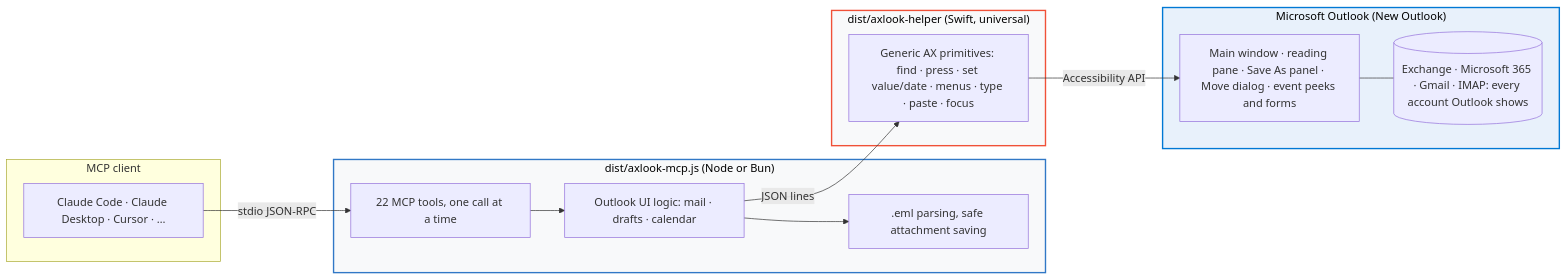
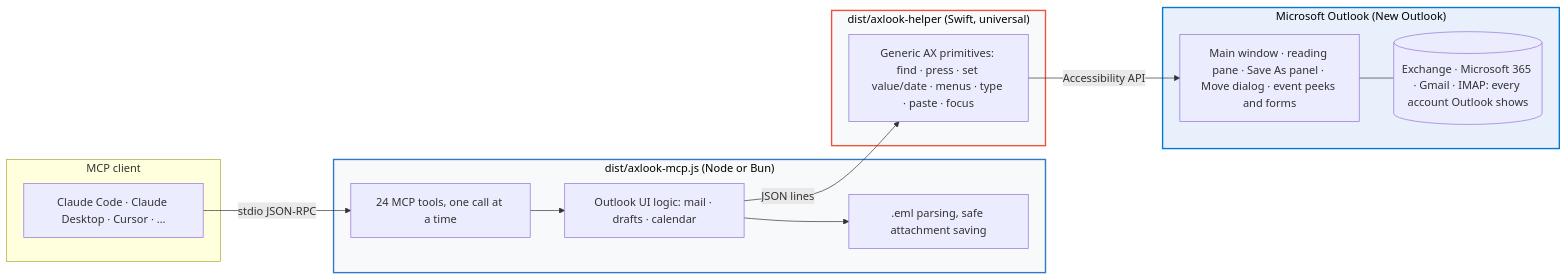
Before and after one commit to flol3622/axlook-mcp: the diagram in README.md, drawn with Mermaid. The commit also changed other lines of this file and 9 other files, not shown here.

````diff
--- a/README.md
+++ b/README.md
@@ -118,32 +118,32 @@
 ```mermaid
 flowchart LR
     subgraph CLIENT["MCP client"]
         A["Claude Code · Claude Desktop · Cursor · …"]
     end
 
     subgraph SERVER["dist/axlook-mcp.js (Node or Bun)"]
-        B["22 MCP tools, one call at a time"]
+        B["24 MCP tools, one call at a time"]
         C["Outlook UI logic: mail · drafts · calendar"]
         D[".eml parsing, safe attachment saving"]
     end
 
     subgraph HELPER["dist/axlook-helper (Swift, universal)"]
         E["Generic AX primitives: find · press · set value/date · menus · type · paste · focus"]
     end
 
     subgraph OUTLOOK["Microsoft Outlook (New Outlook)"]
         F["Main window · reading pane · Save As panel · Move dialog · event peeks and forms"]
         G[("Exchange · Microsoft 365 · Gmail · IMAP: every account Outlook shows")]
     end
 
     A -- "stdio JSON-RPC" --> B
     B --> C
     C -- "JSON lines" --> E
     C --> D
     E -- "Accessibility API" --> F
     F --- G
 
     style SERVER fill:#f8f9fa,stroke:#3178c6,stroke-width:2px,color:#000
     style HELPER fill:#f8f9fa,stroke:#f05138,stroke-width:2px,color:#000
     style OUTLOOK fill:#e8f1fb,stroke:#0078d4,stroke-width:2px,color:#000
 ```
````
